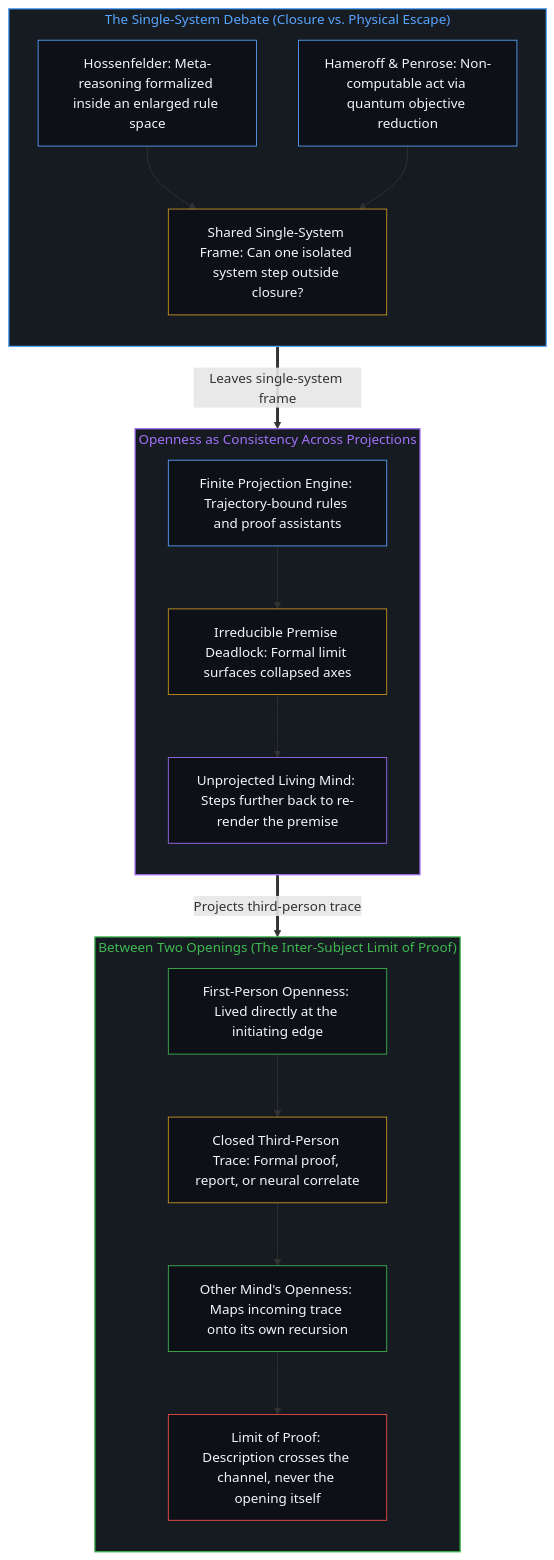
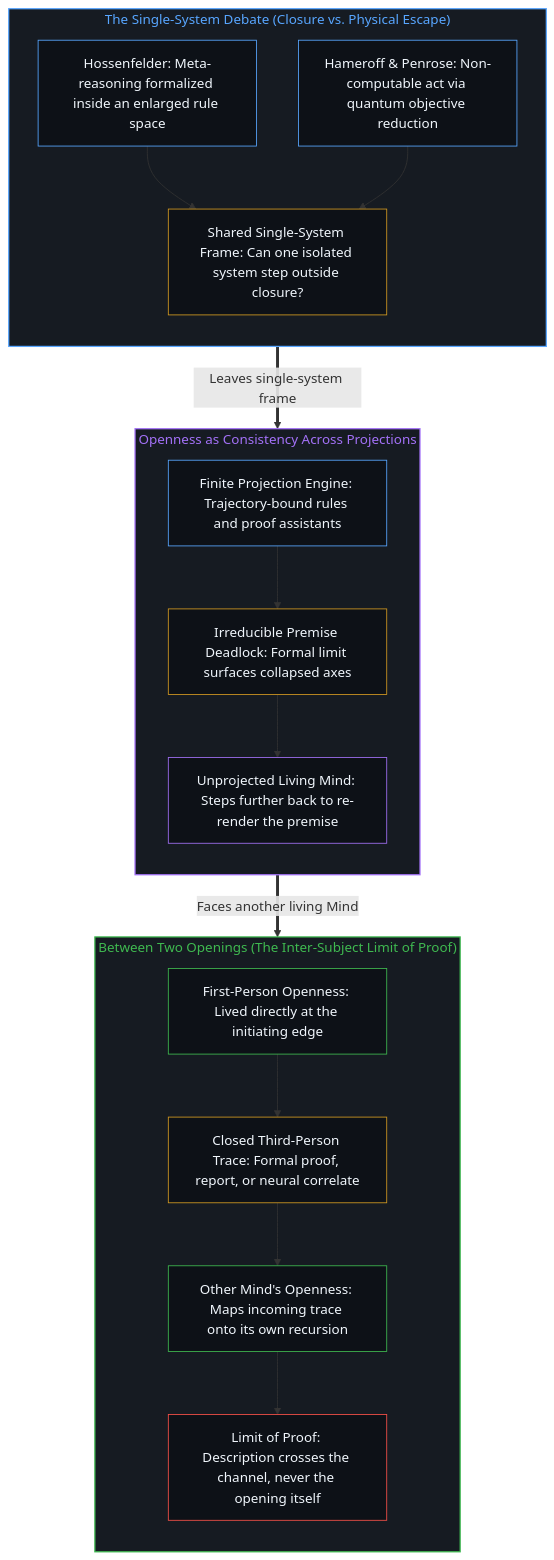
Before and after one commit to powerpig99/not-a-toe: the second of 2 diagrams in content/posts/on-closed-systems-open-minds-and-the-limits-of-proof.md, drawn with Mermaid. The commit also changed other lines of this file and 4 other files, not shown here.

````diff
--- a/content/posts/on-closed-systems-open-minds-and-the-limits-of-proof.md
+++ b/content/posts/on-closed-systems-open-minds-and-the-limits-of-proof.md
@@ -109,41 +109,41 @@
 ```mermaid
 flowchart TD
     subgraph S_Single["The Single-System Debate (Closure vs. Physical Escape)"]
         direction TB
         H1["Hossenfelder: Meta-reasoning formalized inside an enlarged rule space"]
         H2["Hameroff & Penrose: Non-computable act via quantum objective reduction"]
         Q["Shared Single-System Frame: Can one isolated system step outside closure?"]
         H1 --> Q
         H2 --> Q
     end
     subgraph S_Proj["Openness as Consistency Across Projections"]
         direction TB
         P1["Finite Projection Engine: Trajectory-bound rules and proof assistants"]
         P2["Irreducible Premise Deadlock: Formal limit surfaces collapsed axes"]
         P3["Unprojected Living Mind: Steps further back to re-render the premise"]
         P1 --> P2 --> P3
     end
     subgraph S_Inter["Between Two Openings (The Inter-Subject Limit of Proof)"]
         direction TB
         M1["First-Person Openness: Lived directly at the initiating edge"]
         D["Closed Third-Person Trace: Formal proof, report, or neural correlate"]
         M2["Other Mind's Openness: Maps incoming trace onto its own recursion"]
         L["Limit of Proof: Description crosses the channel, never the opening itself"]
         M1 --> D --> M2 --> L
     end
     Q ==>|"Leaves single-system frame"| P1
-    P3 ==>|"Projects third-person trace"| M1
+    P3 ==>|"Faces another living Mind"| M1
     style S_Single fill:#161b22,stroke:#58a6ff,stroke-width:1.5px,color:#58a6ff
     style S_Proj fill:#161b22,stroke:#a371f7,stroke-width:1.5px,color:#a371f7
     style S_Inter fill:#161b22,stroke:#3fb950,stroke-width:1.5px,color:#3fb950
     style H1 fill:#0d1117,stroke:#58a6ff,stroke-width:1px,color:#f0f6fc
     style H2 fill:#0d1117,stroke:#58a6ff,stroke-width:1px,color:#f0f6fc
     style Q fill:#0d1117,stroke:#d29922,stroke-width:1px,color:#f0f6fc
     style P1 fill:#0d1117,stroke:#58a6ff,stroke-width:1px,color:#f0f6fc
     style P2 fill:#0d1117,stroke:#d29922,stroke-width:1px,color:#f0f6fc
     style P3 fill:#0d1117,stroke:#a371f7,stroke-width:1px,color:#f0f6fc
     style M1 fill:#0d1117,stroke:#3fb950,stroke-width:1px,color:#f0f6fc
     style D fill:#0d1117,stroke:#d29922,stroke-width:1px,color:#f0f6fc
     style M2 fill:#0d1117,stroke:#3fb950,stroke-width:1px,color:#f0f6fc
     style L fill:#0d1117,stroke:#f85149,stroke-width:1px,color:#f0f6fc
 ```
````
